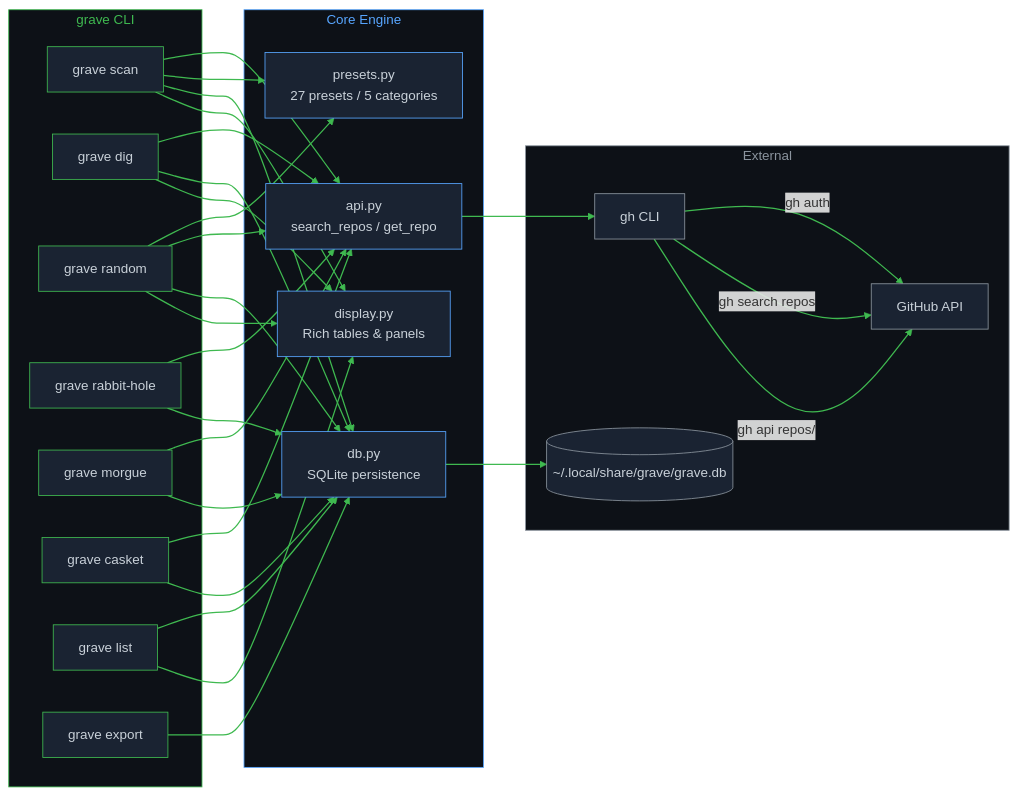
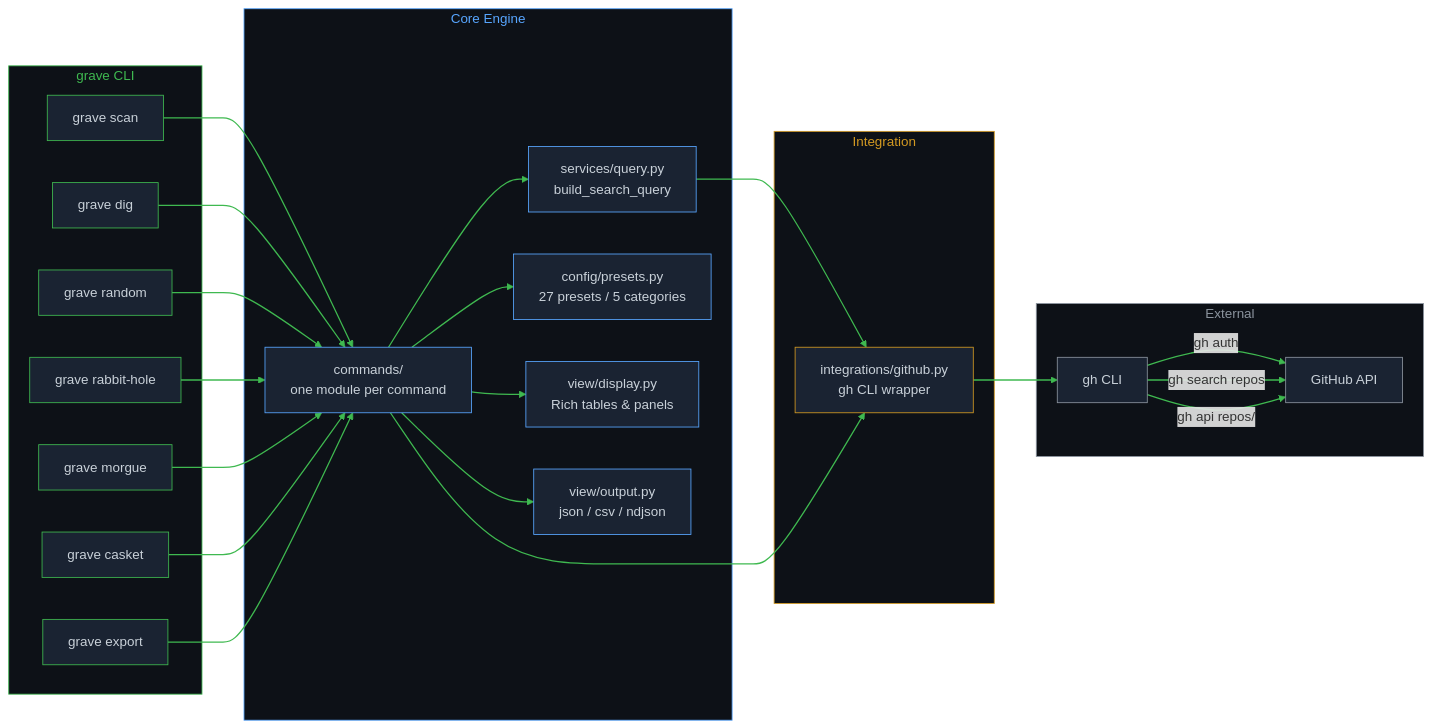
The first of 2 diagrams in README.md (ul0gic/grave), drawn with Mermaid before and after one commit. The commit also changed other lines of this file and 38 other files, not shown here.

````diff
--- a/README.md
+++ b/README.md
@@ -196,79 +185,75 @@
 ```mermaid
 graph LR
     subgraph CLI["grave CLI"]
         SCAN[grave scan]
         DIG[grave dig]
         RANDOM[grave random]
         RABBIT[grave rabbit-hole]
         MORGUE[grave morgue]
         CASKET[grave casket]
-        LIST[grave list]
         EXPORT[grave export]
     end
 
     subgraph Engine["Core Engine"]
-        API[api.py<br/>search_repos / get_repo]
-        PRESETS[presets.py<br/>27 presets / 5 categories]
-        DISPLAY[display.py<br/>Rich tables & panels]
-        DB[db.py<br/>SQLite persistence]
+        COMMANDS[commands/<br/>one module per command]
+        SERVICES[services/query.py<br/>build_search_query]
+        PRESETS[config/presets.py<br/>27 presets / 5 categories]
+        DISPLAY[view/display.py<br/>Rich tables & panels]
+        OUTPUT[view/output.py<br/>json / csv / ndjson]
+    end
+
+    subgraph Integration["Integration"]
+        GITHUB[integrations/github.py<br/>gh CLI wrapper]
     end
 
     subgraph External["External"]
         GH[gh CLI]
         GHAPI[GitHub API]
-        SQLITE[(~/.local/share/grave/grave.db)]
     end
 
-    SCAN --> API
-    SCAN --> PRESETS
-    DIG --> API
-    RANDOM --> PRESETS
-    RANDOM --> API
-    RABBIT --> API
-    MORGUE --> API
-    CASKET --> API
+    SCAN --> COMMANDS
+    DIG --> COMMANDS
+    RANDOM --> COMMANDS
+    RABBIT --> COMMANDS
+    MORGUE --> COMMANDS
+    CASKET --> COMMANDS
+    EXPORT --> COMMANDS
 
-    SCAN --> DB
-    DIG --> DB
-    RANDOM --> DB
-    RABBIT --> DB
-    MORGUE --> DB
-    CASKET --> DB
-    LIST --> DB
-    EXPORT --> DB
+    COMMANDS --> SERVICES
+    COMMANDS --> PRESETS
+    COMMANDS --> DISPLAY
+    COMMANDS --> OUTPUT
+    SERVICES --> GITHUB
+    COMMANDS --> GITHUB
 
-    SCAN --> DISPLAY
-    DIG --> DISPLAY
-    RANDOM --> DISPLAY
-    LIST --> DISPLAY
-
-    API --> GH
+    GITHUB --> GH
     GH -->|gh auth| GHAPI
     GH -->|gh search repos| GHAPI
     GH -->|gh api repos/| GHAPI
-    DB --> SQLITE
 
     style CLI fill:#0d1117,stroke:#3fb950,color:#3fb950
     style Engine fill:#0d1117,stroke:#58a6ff,color:#58a6ff
+    style Integration fill:#0d1117,stroke:#d29922,color:#d29922
     style External fill:#0d1117,stroke:#8b949e,color:#8b949e
 
     style SCAN fill:#1a2332,stroke:#3fb950,color:#c9d1d9
     style DIG fill:#1a2332,stroke:#3fb950,color:#c9d1d9
     style RANDOM fill:#1a2332,stroke:#3fb950,color:#c9d1d9
     style RABBIT fill:#1a2332,stroke:#3fb950,color:#c9d1d9
     style MORGUE fill:#1a2332,stroke:#3fb950,color:#c9d1d9
     style CASKET fill:#1a2332,stroke:#3fb950,color:#c9d1d9
-    style LIST fill:#1a2332,stroke:#3fb950,color:#c9d1d9
     style EXPORT fill:#1a2332,stroke:#3fb950,color:#c9d1d9
 
-    style API fill:#1a2332,stroke:#58a6ff,color:#c9d1d9
+    style COMMANDS fill:#1a2332,stroke:#58a6ff,color:#c9d1d9
+    style SERVICES fill:#1a2332,stroke:#58a6ff,color:#c9d1d9
     style PRESETS fill:#1a2332,stroke:#58a6ff,color:#c9d1d9
     style DISPLAY fill:#1a2332,stroke:#58a6ff,color:#c9d1d9
-    style DB fill:#1a2332,stroke:#58a6ff,color:#c9d1d9
+    style OUTPUT fill:#1a2332,stroke:#58a6ff,color:#c9d1d9
+
+    style GITHUB fill:#1a2332,stroke:#d29922,color:#c9d1d9
 
     style GH fill:#1a2332,stroke:#8b949e,color:#c9d1d9
     style GHAPI fill:#1a2332,stroke:#8b949e,color:#c9d1d9
-    style SQLITE fill:#1a2332,stroke:#8b949e,color:#c9d1d9
 
     linkStyle default stroke:#3fb950,stroke-width:1.5px
 ```
````
